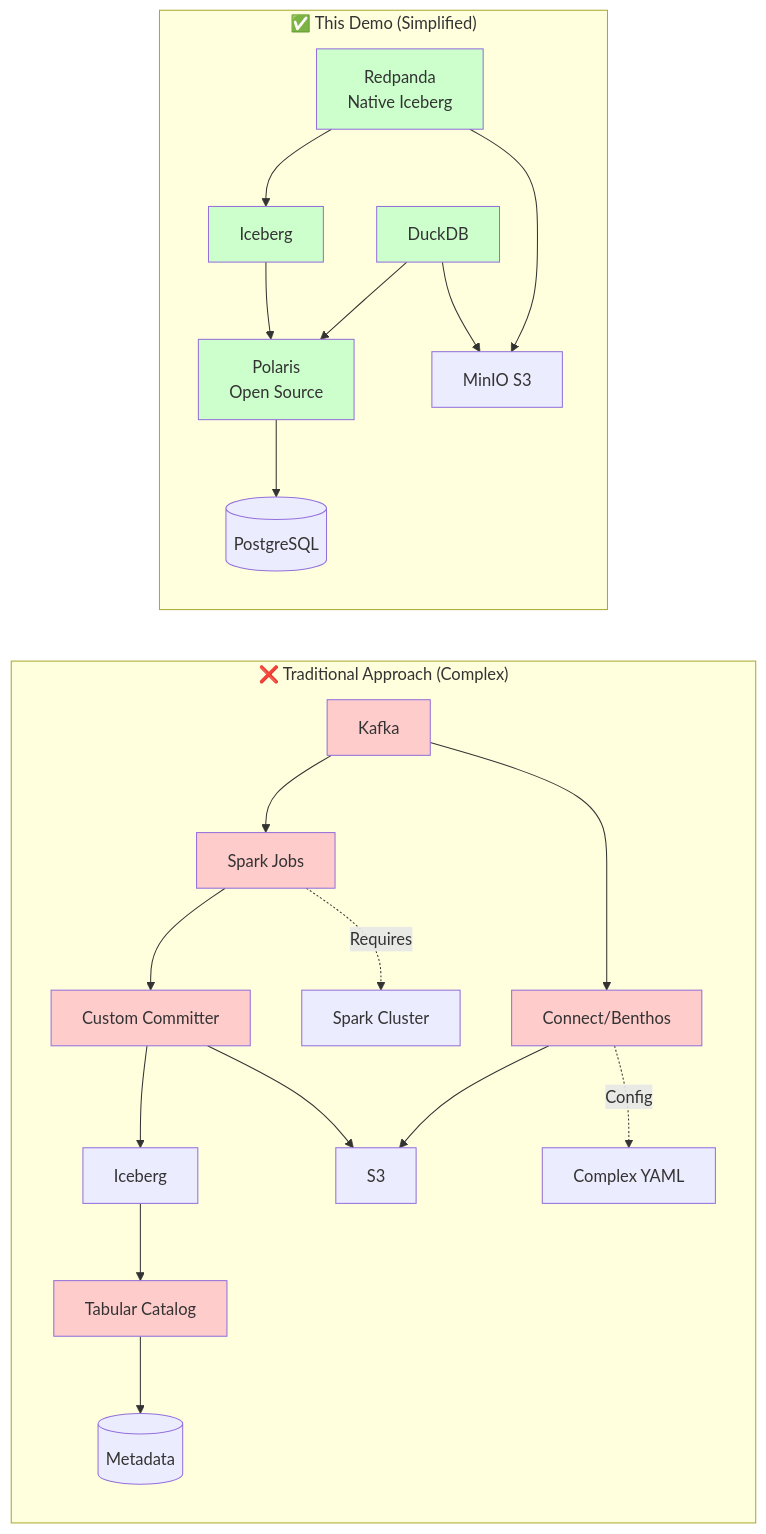
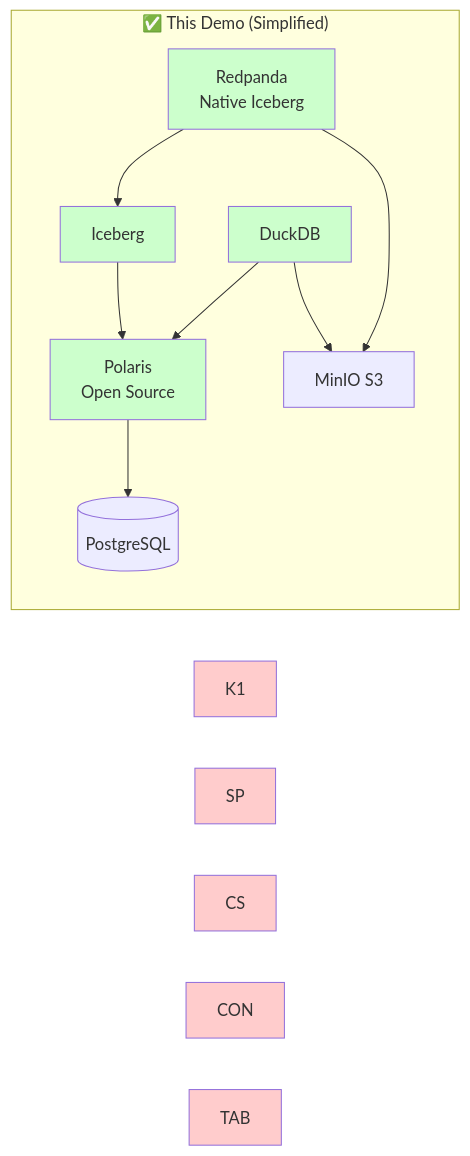
The third of 7 diagrams in README.md (meticulo3366/redpanda-iceberg-duckdb), drawn with Mermaid before and after one commit. The commit also changed other lines of this file, not shown here.

````diff
--- a/README.md
+++ b/README.md
@@ -229,34 +229,22 @@
 ```mermaid
 graph LR
-    subgraph "❌ Traditional Approach (Complex)"
-        K1[Kafka] --> SP[Spark Jobs]
-        SP --> CS[Custom Committer]
-        CS --> IC1[Iceberg]
-        K1 --> CON[Connect/Benthos]
-        CON --> S31[S3]
-        CS --> S31
-        IC1 --> TAB[Tabular Catalog]
-        TAB --> META1[(Metadata)]
-        SP -.->|Requires| CLUSTER[Spark Cluster]
-        CON -.->|Config| YAML[Complex YAML]
-    end
 
     subgraph "✅ This Demo (Simplified)"
         RP[Redpanda<br/>Native Iceberg] --> IC2[Iceberg]
         IC2 --> POL[Polaris<br/>Open Source]
         POL --> META2[(PostgreSQL)]
         RP --> S32[MinIO S3]
         DDB[DuckDB] --> POL
         DDB --> S32
     end
 
     style K1 fill:#ffcccc
     style SP fill:#ffcccc
     style CS fill:#ffcccc
     style CON fill:#ffcccc
     style TAB fill:#ffcccc
     style RP fill:#ccffcc
     style IC2 fill:#ccffcc
     style POL fill:#ccffcc
     style DDB fill:#ccffcc
 ```
````
